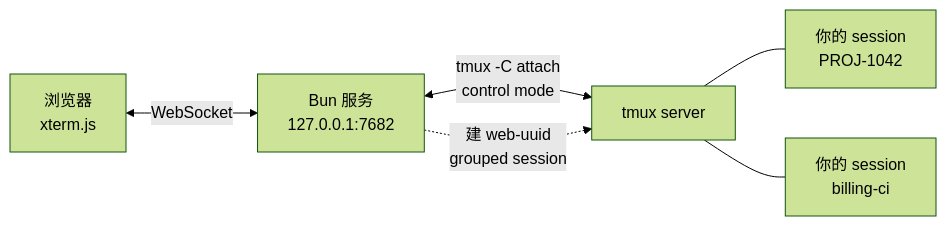
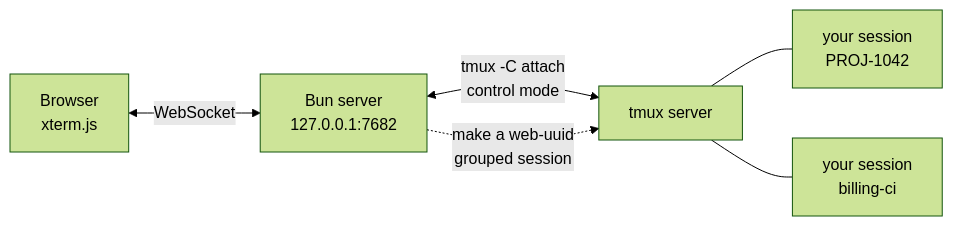
The diagram in README.md (niletry/tmux-next), drawn with Mermaid (forest theme) before and after one commit. The commit also changed other lines of this file and 1 other file, not shown here.

First line of the commit message:
docs: make English the default README, keep Chinese as README.zh-CN

````diff
--- a/README.md
+++ b/README.md
@@ -137,8 +139,8 @@
 ```mermaid
 flowchart LR
-    B["浏览器<br/>xterm.js"] <-->|WebSocket| S["Bun 服务<br/>127.0.0.1:7682"]
+    B["Browser<br/>xterm.js"] <-->|WebSocket| S["Bun server<br/>127.0.0.1:7682"]
     S <-->|"tmux -C attach<br/>control mode"| T["tmux server"]
-    T --- P1["你的 session<br/>PROJ-1042"]
-    T --- P2["你的 session<br/>billing-ci"]
-    S -.->|"建 web-uuid<br/>grouped session"| T
+    T --- P1["your session<br/>PROJ-1042"]
+    T --- P2["your session<br/>billing-ci"]
+    S -.->|"make a web-uuid<br/>grouped session"| T
 ```
````
